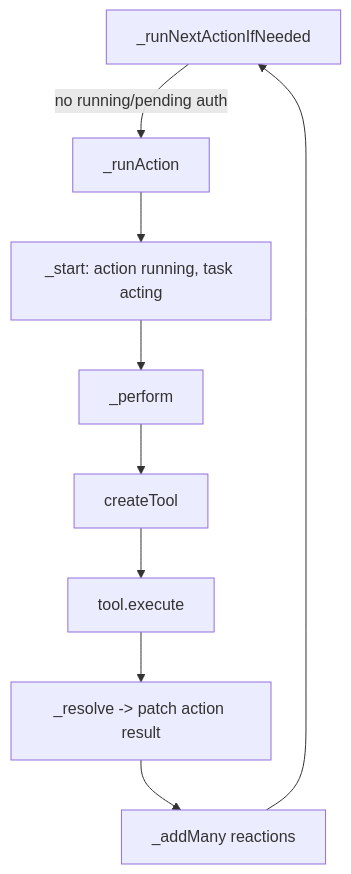
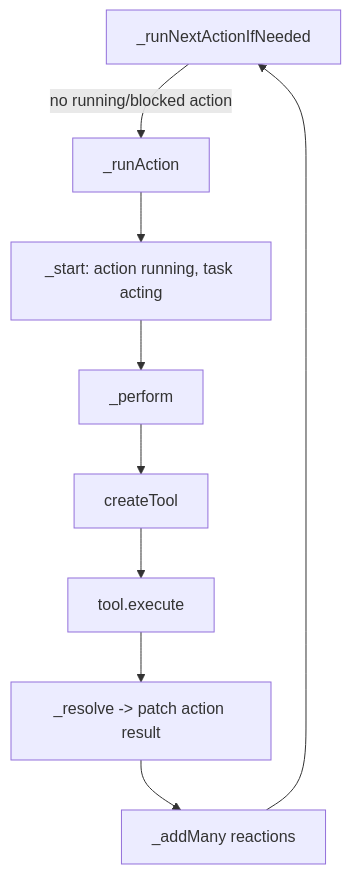
Before and after one commit to igor9silva/meseeks: the eighth of 9 diagrams in tasks/active/action-execution-flow.md, drawn with Mermaid. The commit also changed other lines of this file and 81 other files, not shown here.

````diff
--- a/tasks/active/action-execution-flow.md
+++ b/tasks/active/action-execution-flow.md
@@ -141,11 +141,11 @@
 ```mermaid
 flowchart TD
-    START[_runNextActionIfNeeded] -->|no running/pending auth| RUN[_runAction]
+    START[_runNextActionIfNeeded] -->|no running/blocked action| RUN[_runAction]
     RUN --> ST[_start: action running, task acting]
     ST --> PERF[_perform]
     PERF --> CT[createTool]
     CT --> EX[tool.execute]
     EX --> RES[_resolve -> patch action result]
     RES --> REACT[_addMany reactions]
     REACT --> START
 ```
````
